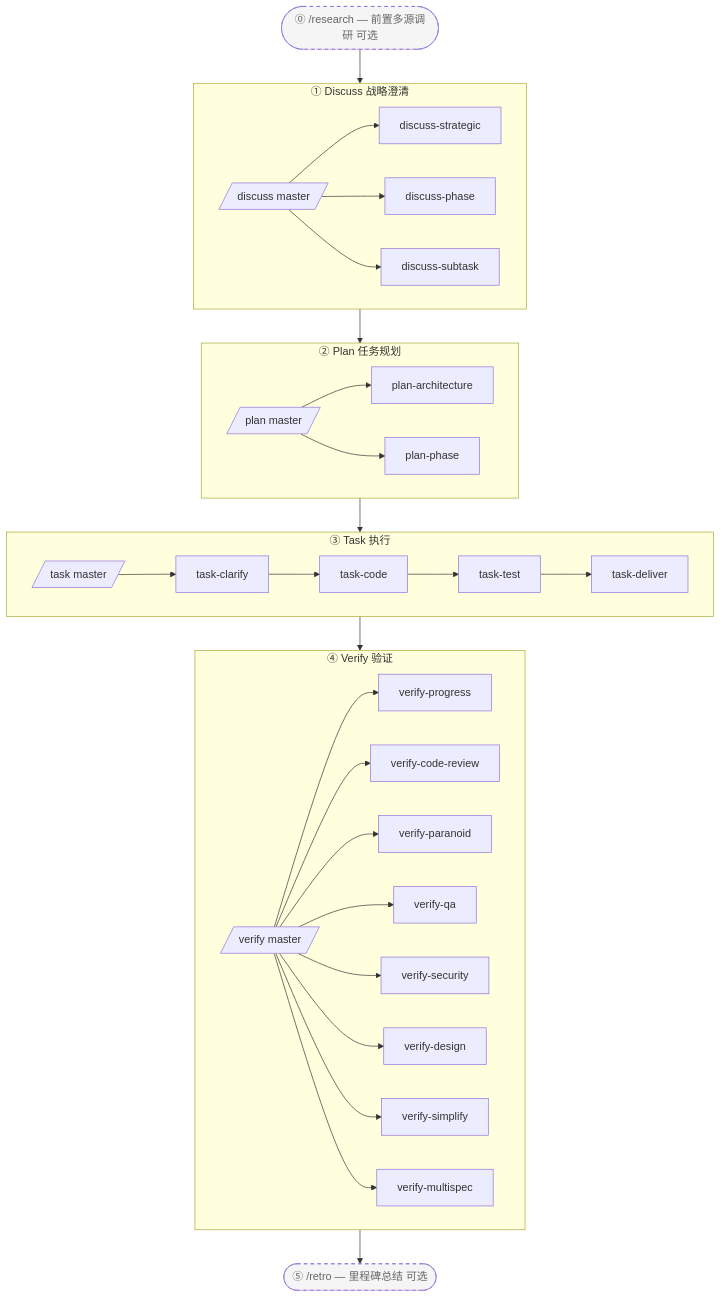
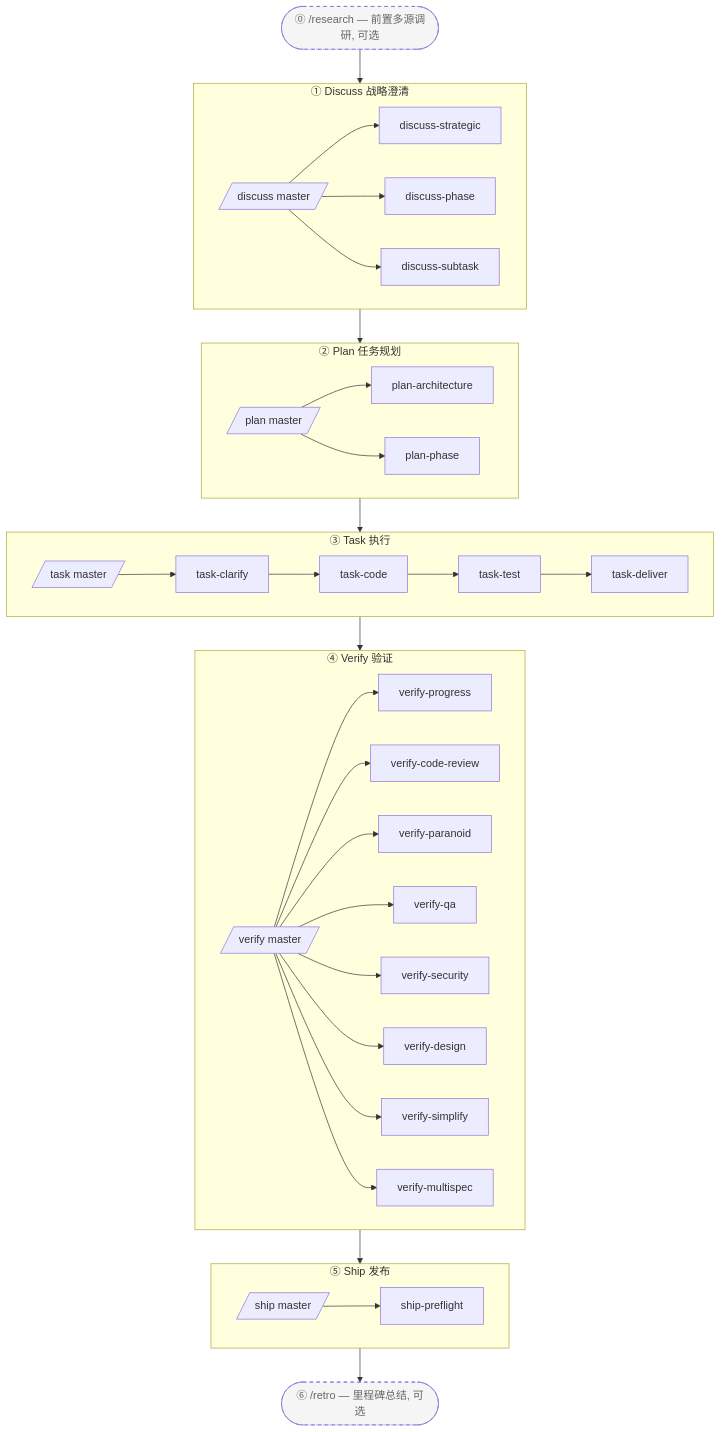
One commit to easyinplay/harnessed changed the second of 2 diagrams in README-cn.md. Above: the diagram before and after it, drawn with Mermaid. The commit also changed other lines of this file and 9 other files, not shown here.

````diff
--- a/README-cn.md
+++ b/README-cn.md
@@ -110,42 +190,47 @@
 ```mermaid
 graph TD
-  RS([⓪ /research — 前置多源调研 可选]):::optional
+  RS([⓪ /research — 前置多源调研, 可选]):::optional
   subgraph Discuss[① Discuss 战略澄清]
     DM[/discuss master/]
     DS[discuss-strategic]
     DP[discuss-phase]
     DT[discuss-subtask]
     DM --> DS & DP & DT
   end
   subgraph Plan[② Plan 任务规划]
     PM[/plan master/]
     PA[plan-architecture]
     PP[plan-phase]
     PM --> PA & PP
   end
   subgraph Task[③ Task 执行]
     TM[/task master/]
     TC[task-clarify]
     TCo[task-code]
     TT[task-test]
     TD[task-deliver]
     TM --> TC --> TCo --> TT --> TD
   end
   subgraph Verify[④ Verify 验证]
     VMs[/verify master/]
     VP[verify-progress]
     VC[verify-code-review]
     VPa[verify-paranoid]
     VQ[verify-qa]
     VS[verify-security]
     VD[verify-design]
     VSi[verify-simplify]
     VM[verify-multispec]
     VMs --> VP & VC & VPa & VQ & VS & VD & VSi & VM
   end
-  RT([⑤ /retro — 里程碑总结 可选]):::optional
+  subgraph Ship[⑤ Ship 发布]
+    SMs[/ship master/]
+    SP[ship-preflight]
+    SMs --> SP
+  end
+  RT([⑥ /retro — 里程碑总结, 可选]):::optional
   RS --> Discuss
-  Discuss --> Plan --> Task --> Verify
-  Verify --> RT
+  Discuss --> Plan --> Task --> Verify --> Ship
+  Ship --> RT
   classDef optional stroke-dasharray:5 5,fill:#f5f5f5,color:#666
 ```
````
